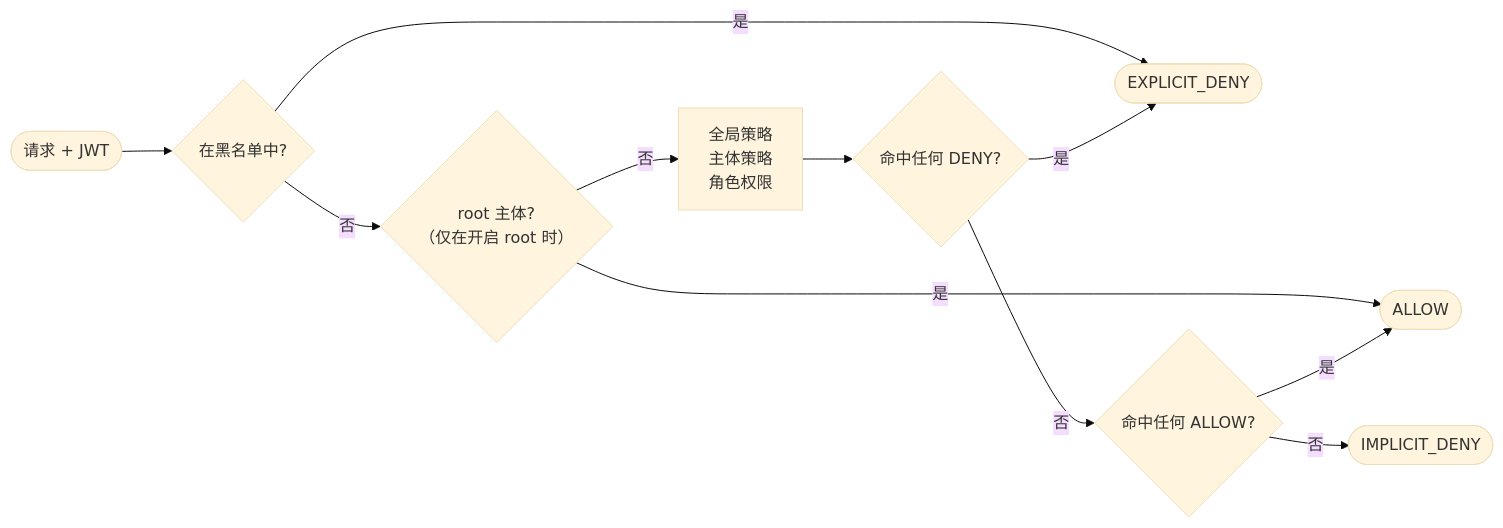
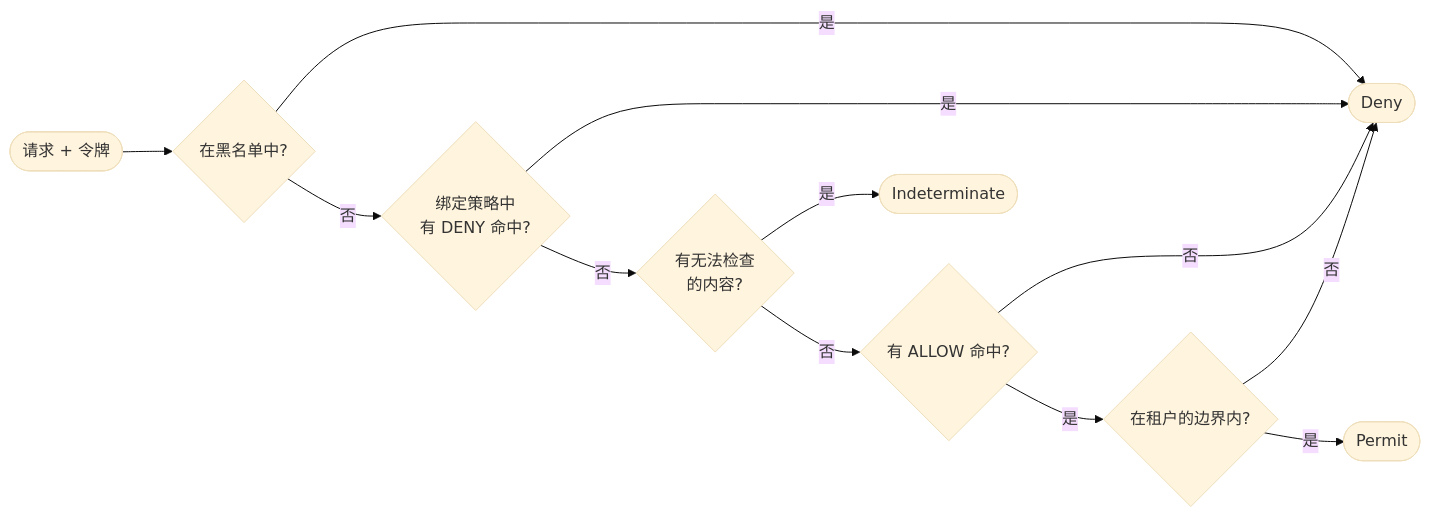
Before and after one commit to Ahoo-Wang/CoSec: the diagram in README.zh-CN.md, drawn with Mermaid (base theme). The commit also changed other lines of this file and 54 other files, not shown here.

````diff
--- a/README.zh-CN.md
+++ b/README.zh-CN.md
@@ -31,13 +34,14 @@
 ```mermaid
 flowchart LR
-    R([请求 + JWT]) --> BL{在黑名单中?}
-    BL -->|是| DENY([EXPLICIT_DENY])
-    BL -->|否| ROOT{"root 主体?<br>（仅在开启 root 时）"}
-    ROOT -->|是| ALLOW([ALLOW])
-    ROOT -->|否| L["全局策略<br>主体策略<br>角色权限"]
-    L --> D{命中任何 DENY?}
+    R([请求 + 令牌]) --> BL{在黑名单中?}
+    BL -->|是| DENY([Deny])
+    BL -->|否| D{"绑定策略中<br>有 DENY 命中?"}
     D -->|是| DENY
-    D -->|否| A{命中任何 ALLOW?}
-    A -->|是| ALLOW
-    A -->|否| IMP([IMPLICIT_DENY])
+    D -->|否| U{"有无法检查<br>的内容?"}
+    U -->|是| IND([Indeterminate])
+    U -->|否| A{有 ALLOW 命中?}
+    A -->|否| DENY
+    A -->|是| B{在租户的边界内?}
+    B -->|否| DENY
+    B -->|是| P([Permit])
 ```
````
